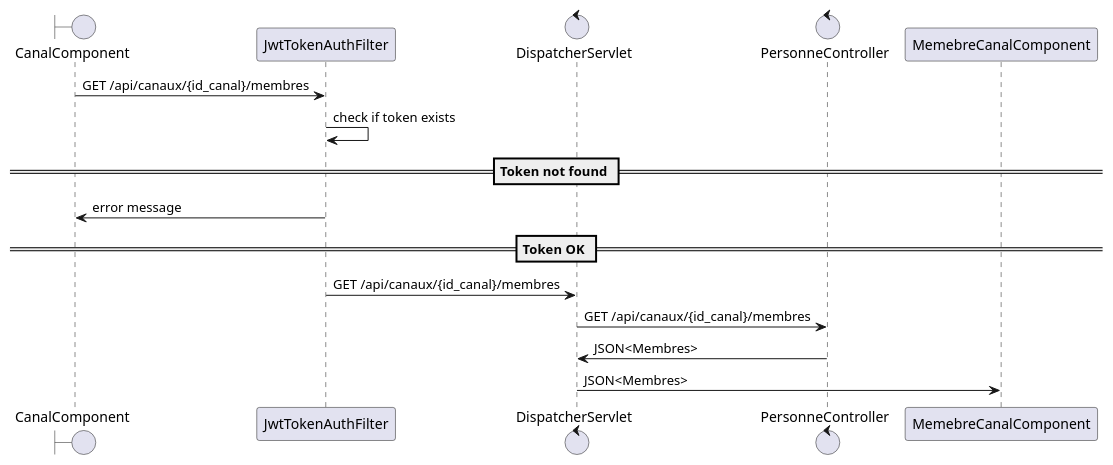
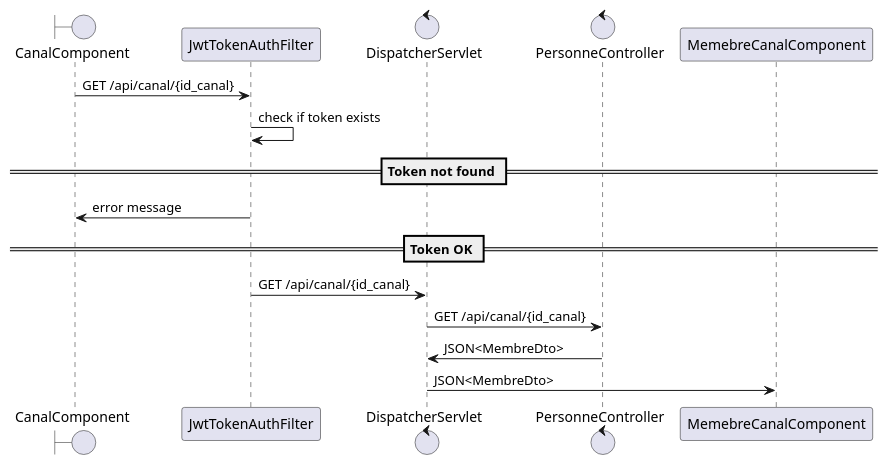
One commit to soupramanien/cdaMassy2021ReactJS changed the diagram in public/diagramme-de-sequence/ListerMembresDuCanal.puml. Above: the diagram before and after it, drawn with PlantUML. The commit also changed 3 other files, not shown here.

Commit message:
Update diagrame-de-sequence -> Url Pattern

```diff
--- a/public/diagramme-de-sequence/ListerMembresDuCanal.puml
+++ b/public/diagramme-de-sequence/ListerMembresDuCanal.puml
@@ -3,16 +3,16 @@
 @startuml
 boundary CanalComponent
 participant JwtTokenAuthFilter
 control DispatcherServlet 
 control PersonneController 
 
-CanalComponent -> JwtTokenAuthFilter : GET /api/canaux/{id_canal}/membres
+CanalComponent -> JwtTokenAuthFilter : GET /api/canal/{id_canal}
 JwtTokenAuthFilter -> JwtTokenAuthFilter : check if token exists
 ==Token not found ==
 JwtTokenAuthFilter -> CanalComponent : error message 
 ==Token OK ==
-JwtTokenAuthFilter -> DispatcherServlet : GET /api/canaux/{id_canal}/membres 
-DispatcherServlet -> PersonneController : GET /api/canaux/{id_canal}/membres
-PersonneController -> DispatcherServlet : JSON<Membres>
-DispatcherServlet -> MemebreCanalComponent : JSON<Membres>
+JwtTokenAuthFilter -> DispatcherServlet : GET /api/canal/{id_canal}
+DispatcherServlet -> PersonneController : GET /api/canal/{id_canal}
+PersonneController -> DispatcherServlet : JSON<MembreDto>
+DispatcherServlet -> MemebreCanalComponent : JSON<MembreDto>
 @enduml
```
